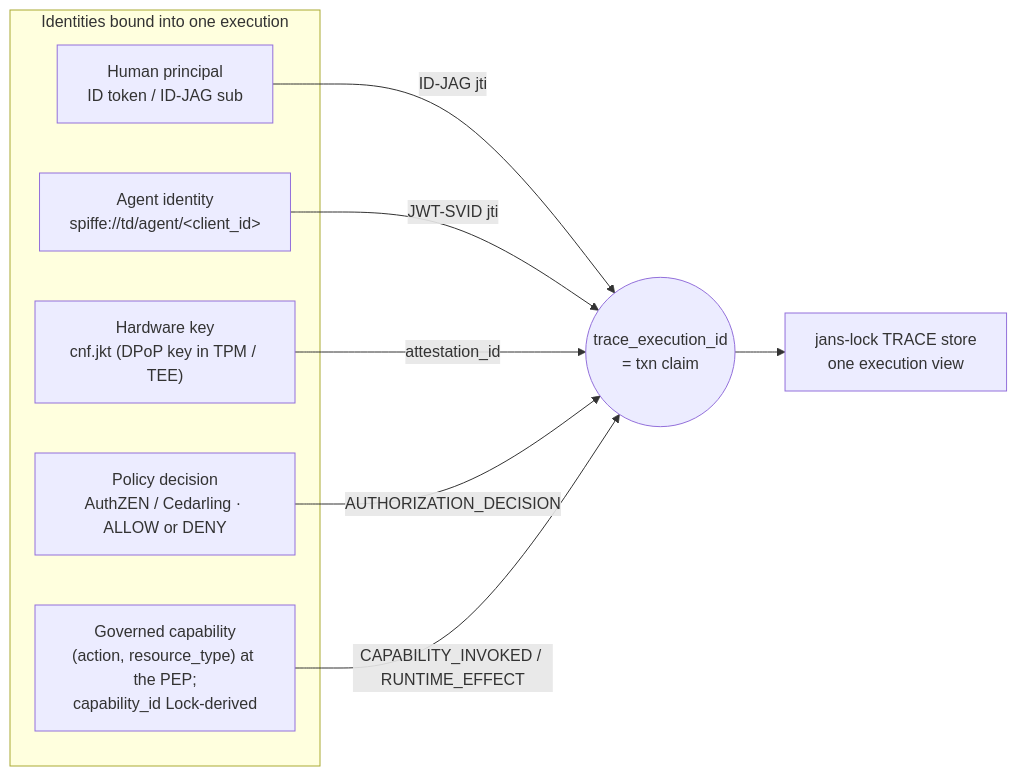
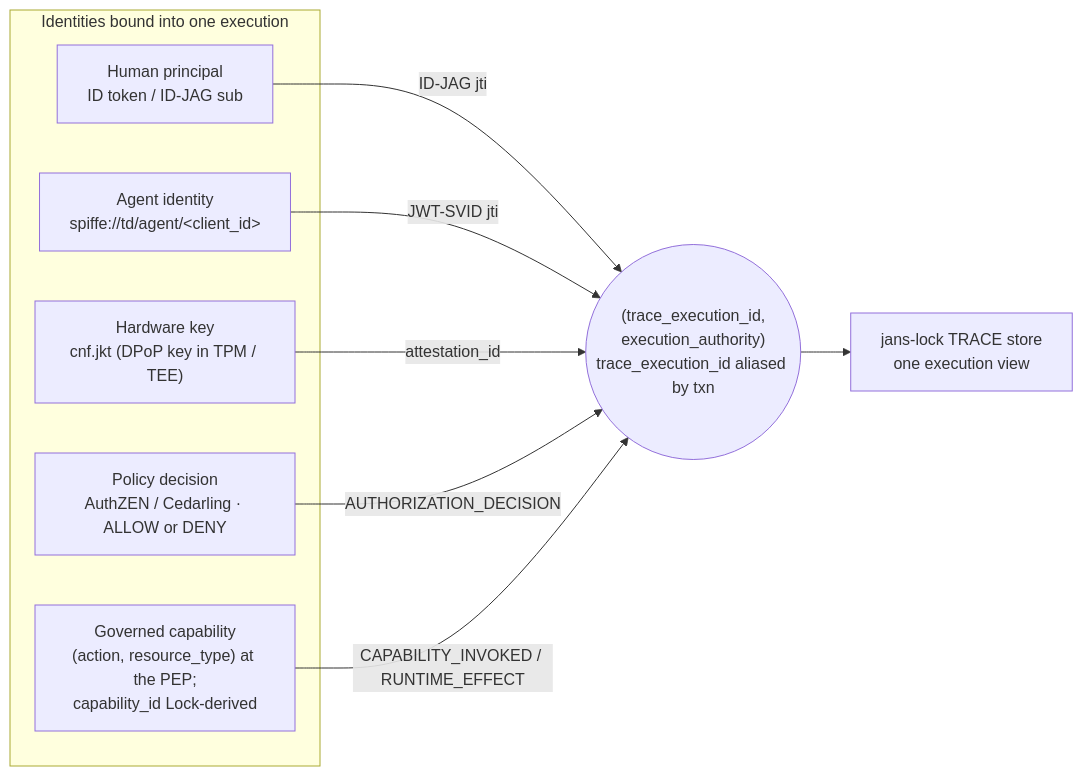
Before and after one commit to nynymike/lock-server-design: the first of 6 diagrams in hardware-anchored-identity.md, drawn with Mermaid. The commit also changed other lines of this file, not shown here.

````diff
--- a/hardware-anchored-identity.md
+++ b/hardware-anchored-identity.md
@@ -88,17 +109,17 @@
 ```mermaid
 flowchart LR
     subgraph IDS["Identities bound into one execution"]
         H["Human principal<br/>ID token / ID-JAG sub"]
         A["Agent identity<br/>spiffe://td/agent/&lt;client_id&gt;"]
         K["Hardware key<br/>cnf.jkt (DPoP key in TPM / TEE)"]
         P["Policy decision<br/>AuthZEN / Cedarling · ALLOW or DENY"]
         C["Governed capability<br/>(action, resource_type) at the PEP;<br/>capability_id Lock-derived"]
     end
-    X(("trace_execution_id<br/>= txn claim"))
+    X(("(trace_execution_id,<br/>execution_authority)<br/>trace_execution_id aliased by txn"))
     H -- "ID-JAG jti" --> X
     A -- "JWT-SVID jti" --> X
     K -- "attestation_id" --> X
     P -- "AUTHORIZATION_DECISION" --> X
     C -- "CAPABILITY_INVOKED / RUNTIME_EFFECT" --> X
     X --> L["jans-lock TRACE store<br/>one execution view"]
 ```
````
